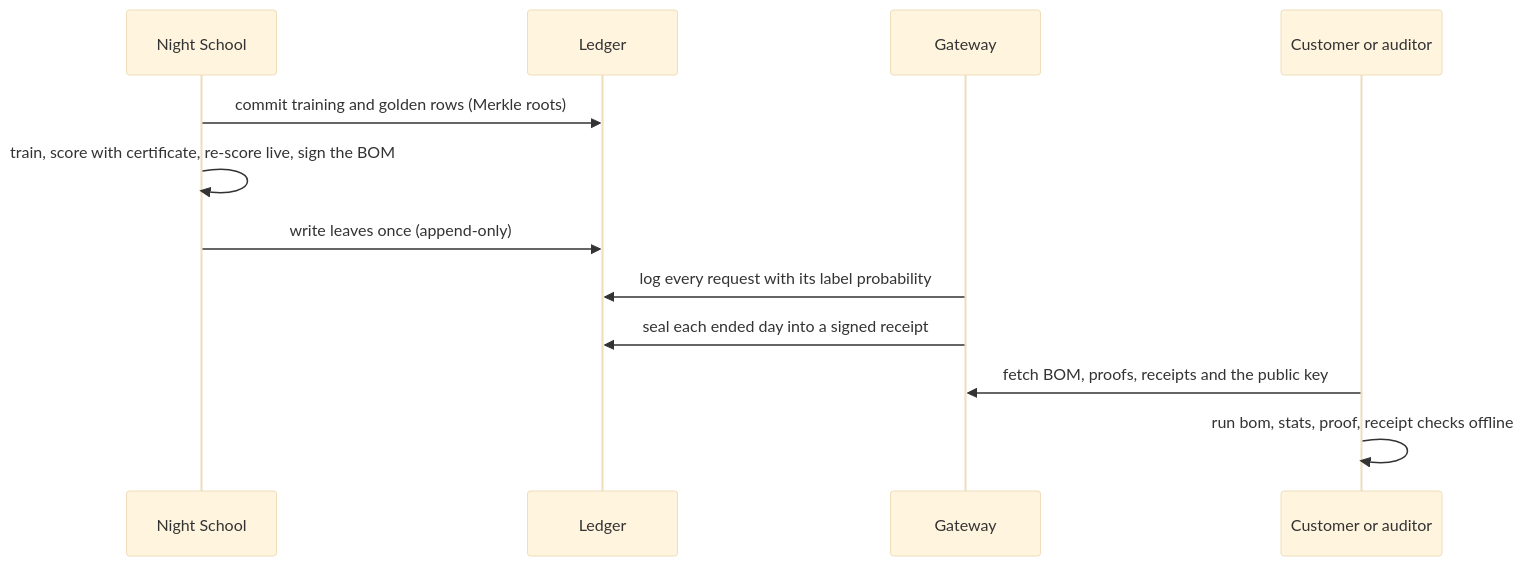
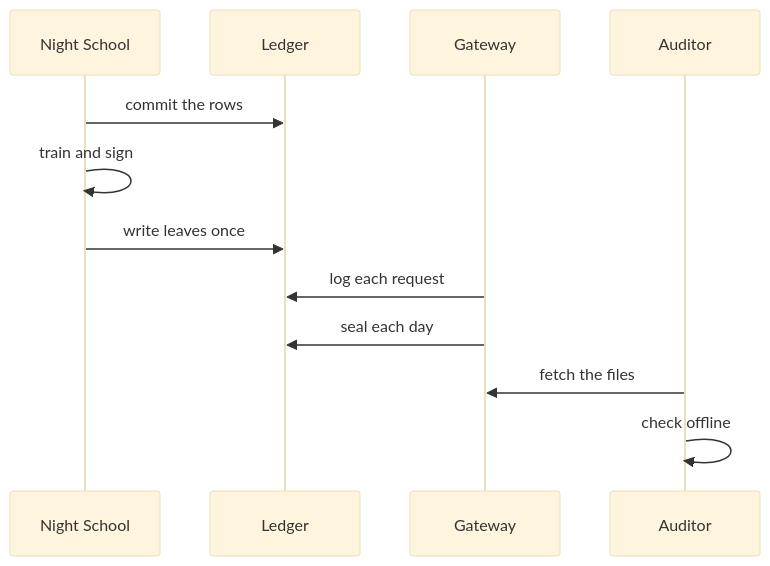
Before and after one commit to harshbhx/ratchet: the first of 4 diagrams in docs-site/src/content/docs/guides/evidence.mdx, drawn with Mermaid (base theme). The commit also changed other lines of this file and 25 other files, not shown here.

````diff
--- a/docs-site/src/content/docs/guides/evidence.mdx
+++ b/docs-site/src/content/docs/guides/evidence.mdx
@@ -53,14 +66,14 @@
 ```mermaid
 sequenceDiagram
   participant N as Night School
-  participant L as Ledger
+  participant Ledger as Ledger
   participant G as Gateway
-  participant C as Customer or auditor
-  N->>L: commit training and golden rows (Merkle roots)
-  N->>N: train, score with certificate, re-score live, sign the BOM
-  N->>L: write leaves once (append-only)
-  G->>L: log every request with its label probability
-  G->>L: seal each ended day into a signed receipt
-  C->>G: fetch BOM, proofs, receipts and the public key
-  C->>C: run bom, stats, proof, receipt checks offline
+  participant C as Auditor
+  N->>Ledger: commit the rows
+  N->>N: train and sign
+  N->>Ledger: write leaves once
+  G->>Ledger: log each request
+  G->>Ledger: seal each day
+  C->>G: fetch the files
+  C->>C: check offline
 ```
````
